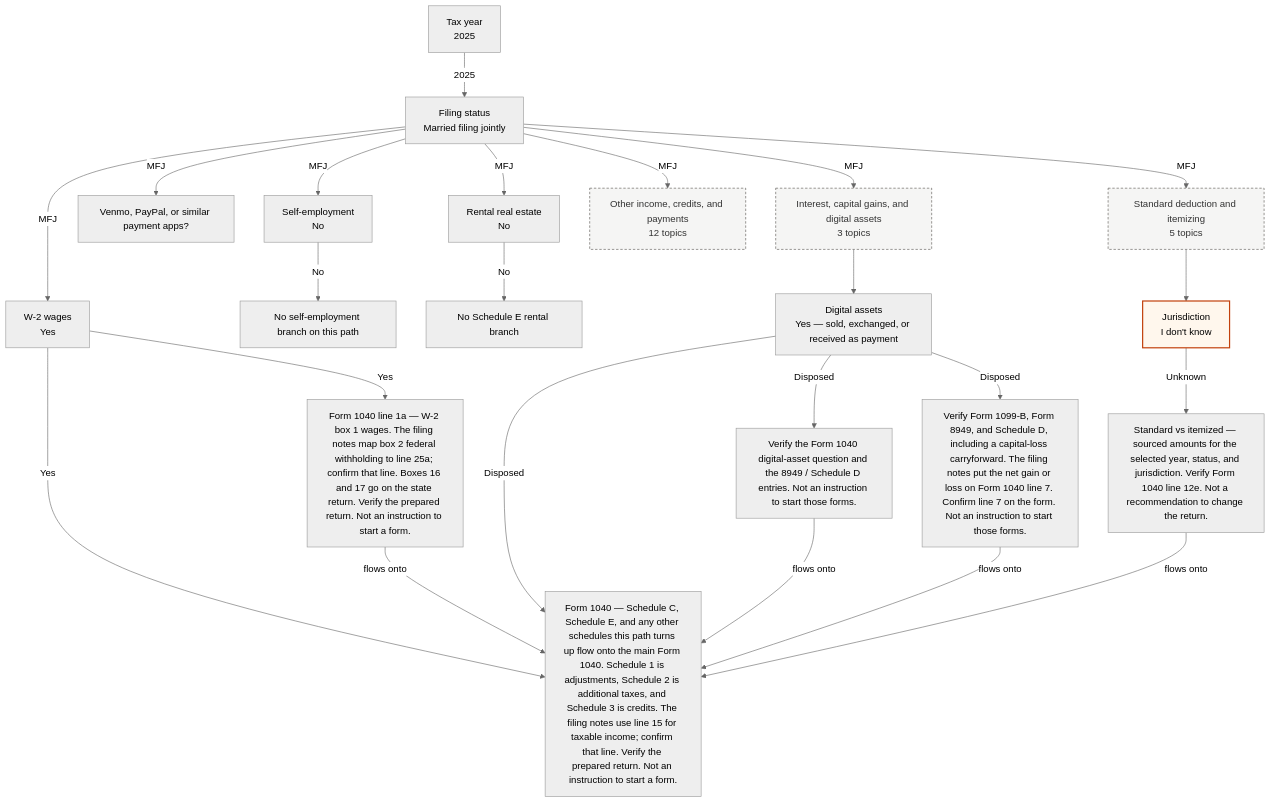
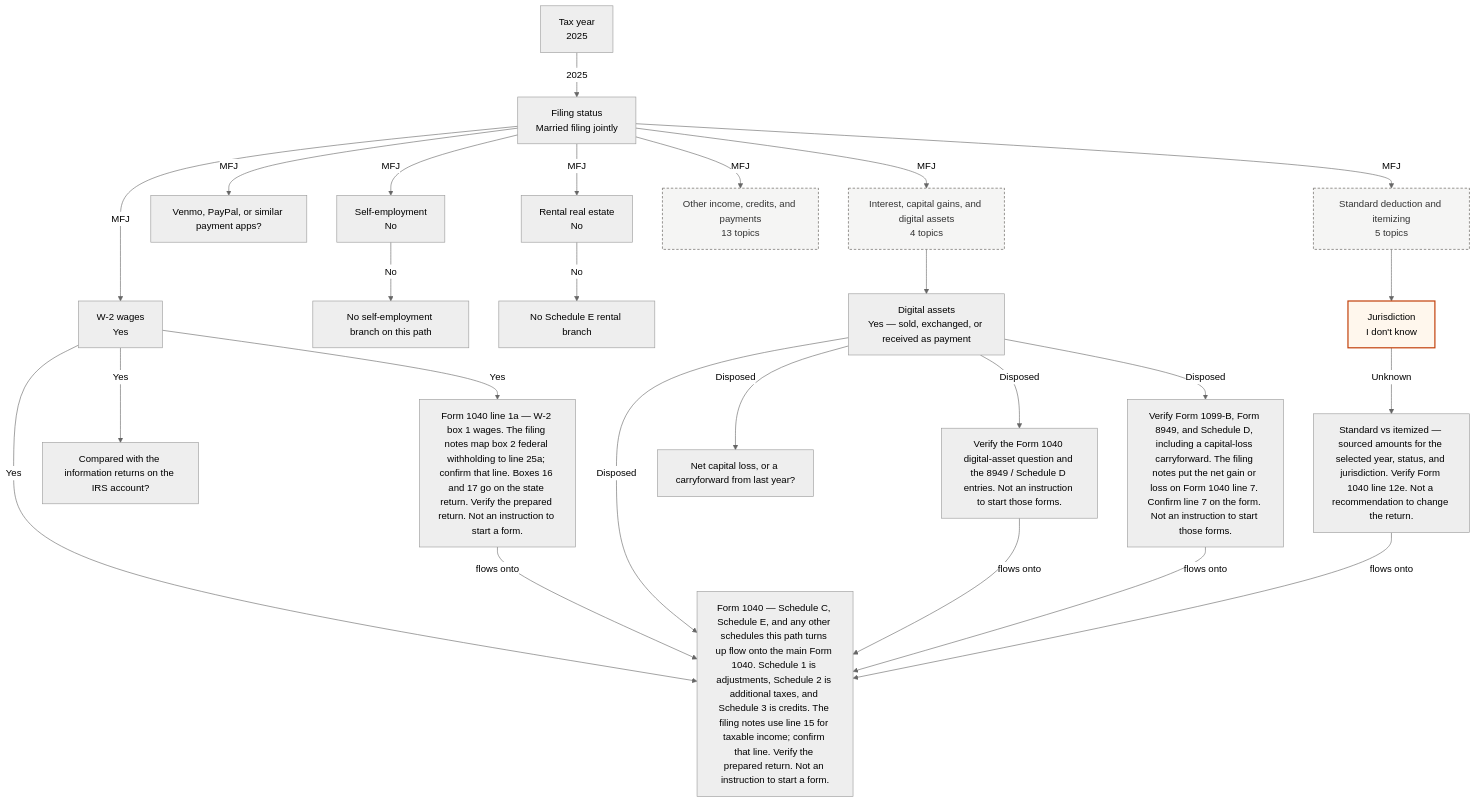
One commit to Siphon880gh/taxes changed the third of 3 diagrams in docs/DECISION_GRAPH.md. Above: the diagram before and after it, drawn with Mermaid (neutral theme). The commit also changed other lines of this file and 6 other files, not shown here.

````diff
--- a/docs/DECISION_GRAPH.md
+++ b/docs/DECISION_GRAPH.md
@@ -1934,47 +2348,51 @@
 ```mermaid
 flowchart TD
   year["Tax year<br/>2025"]
   filing_status["Filing status<br/>Married filing jointly"]
   w2["W-2 wages<br/>Yes"]
   check_w2["Form 1040 line 1a — W-2 box 1 wages. The filing notes map box 2 federal withholding to line 25a; confirm that line. Boxes 16 and 17 go on the state return. Verify the prepared return. Not an instruction to start a form."]
+  info_returns["Compared with the information returns on the IRS account?"]
   form_1040["Form 1040 — Schedule C, Schedule E, and any other schedules this path turns up flow onto the main Form 1040. Schedule 1 is adjustments, Schedule 2 is additional taxes, and Schedule 3 is credits. The filing notes use line 15 for taxable income; confirm that line. Verify the prepared return. Not an instruction to start a form."]
   se["Self-employment<br/>No"]
   note_se_no["No self-employment branch on this path"]
   payapps["Venmo, PayPal, or similar payment apps?"]
   rental["Rental real estate<br/>No"]
   note_rental_no["No Schedule E rental branch"]
-  group_filing_status_invest["Interest, capital gains, and digital assets<br/>3 topics"]
+  group_filing_status_invest["Interest, capital gains, and digital assets<br/>4 topics"]
   crypto["Digital assets<br/>Yes — sold, exchanged, or received as payment"]
   check_crypto["Verify the Form 1040 digital-asset question and the 8949 / Schedule D entries. Not an instruction to start those forms."]
   check_capgain["Verify Form 1099-B, Form 8949, and Schedule D, including a capital-loss carryforward. The filing notes put the net gain or loss on Form 1040 line 7. Confirm line 7 on the form. Not an instruction to start those forms."]
-  group_filing_status_other["Other income, credits, and payments<br/>12 topics"]
+  capgain_loss["Net capital loss, or a carryforward from last year?"]
+  group_filing_status_other["Other income, credits, and payments<br/>13 topics"]
   group_filing_status_deductions["Standard deduction and itemizing<br/>5 topics"]
   jurisdiction["Jurisdiction<br/>I don't know"]
   deduction_result["Standard vs itemized — sourced amounts for the selected year, status, and jurisdiction. Verify Form 1040 line 12e. Not a recommendation to change the return."]
   year -->|"2025"| filing_status
   filing_status -->|"MFJ"| w2
   filing_status -->|"MFJ"| se
   filing_status -->|"MFJ"| payapps
   filing_status -->|"MFJ"| rental
   w2 -->|"Yes"| check_w2
+  w2 -->|"Yes"| info_returns
   w2 -->|"Yes"| form_1040
   check_w2 -->|"flows onto"| form_1040
   se -->|"No"| note_se_no
   rental -->|"No"| note_rental_no
   crypto -->|"Disposed"| check_crypto
   crypto -->|"Disposed"| check_capgain
+  crypto -->|"Disposed"| capgain_loss
   crypto -->|"Disposed"| form_1040
   check_crypto -->|"flows onto"| form_1040
   check_capgain -->|"flows onto"| form_1040
   jurisdiction -->|"Unknown"| deduction_result
   deduction_result -->|"flows onto"| form_1040
   filing_status -->|"MFJ"| group_filing_status_invest
   group_filing_status_invest --> crypto
   filing_status -->|"MFJ"| group_filing_status_other
   filing_status -->|"MFJ"| group_filing_status_deductions
   group_filing_status_deductions --> jurisdiction
   classDef unknown fill:#fff7ed,stroke:#c2410c,stroke-width:2px
   class jurisdiction unknown
   classDef cluster fill:#f5f5f4,stroke:#57534e,stroke-dasharray:4 3
   class group_filing_status_invest,group_filing_status_other,group_filing_status_deductions cluster
 ```
````
